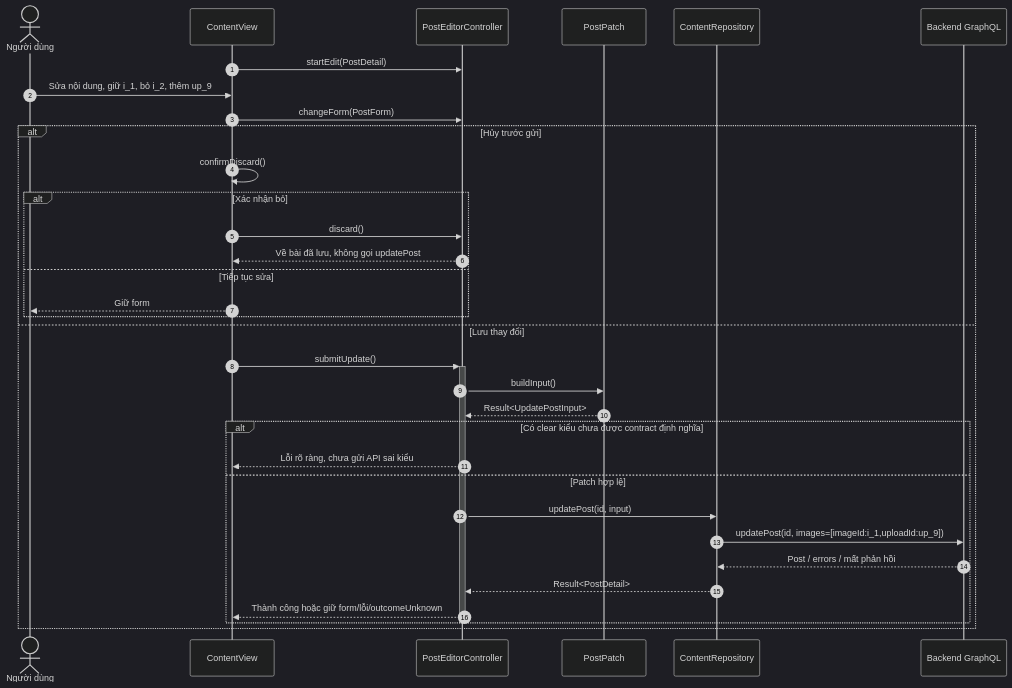
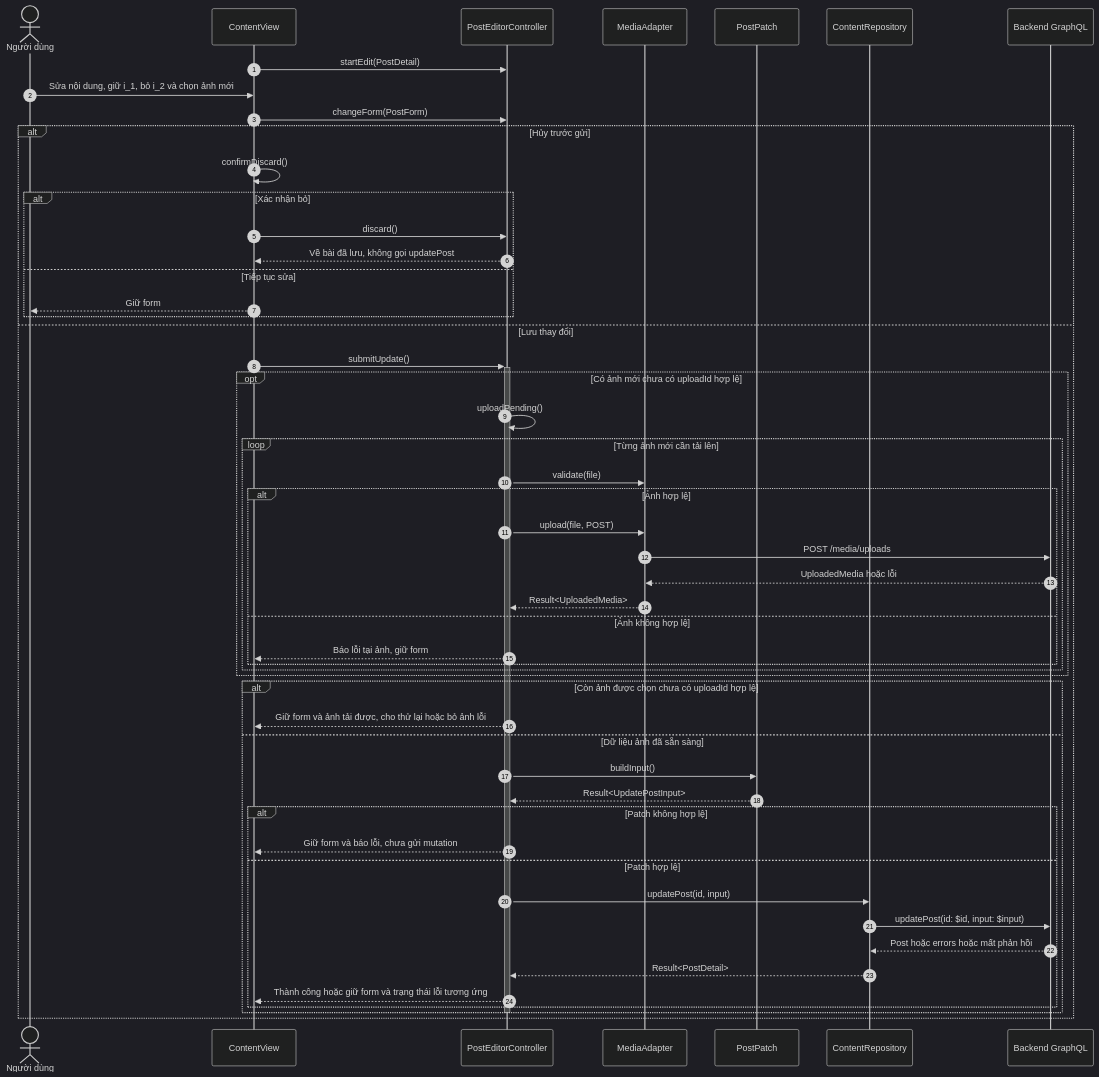
Before and after one commit to anqp5002/ToMateTo: the fifth of 12 diagrams in docs/thiet_ke/6.2-A_sequence_frontend.md, drawn with Mermaid (dark theme). The commit also changed other lines of this file and 1 other file, not shown here.

First line of the commit message:
docs(fe): xử lý góp ý class và sequence S5

````diff
--- a/docs/thiet_ke/6.2-A_sequence_frontend.md
+++ b/docs/thiet_ke/6.2-A_sequence_frontend.md
@@ -268,36 +305,55 @@
 ```mermaid
 sequenceDiagram
     autonumber
     actor U as Người dùng
     participant V as ContentView
     participant C as PostEditorController
+    participant M as MediaAdapter
     participant P as PostPatch
     participant R as ContentRepository
     participant BE as Backend GraphQL
     V->>C: startEdit(PostDetail)
-    U->>V: Sửa nội dung, giữ i_1, bỏ i_2, thêm up_9
+    U->>V: Sửa nội dung, giữ i_1, bỏ i_2 và chọn ảnh mới
     V->>C: changeForm(PostForm)
     alt Hủy trước gửi
      V->>V: confirmDiscard()
      alt Xác nhận bỏ
       V->>C: discard()
       C-->>V: Về bài đã lưu, không gọi updatePost
      else Tiếp tục sửa
       V-->>U: Giữ form
      end
     else Lưu thay đổi
      V->>+C: submitUpdate()
-     C->>P: buildInput()
-     P-->>C: Result<UpdatePostInput>
-     alt Có clear kiểu chưa được contract định nghĩa
-      C-->>V: Lỗi rõ ràng, chưa gửi API sai kiểu
-     else Patch hợp lệ
-      C->>R: updatePost(id, input)
-      R->>BE: updatePost(id, images=[imageId:i_1,uploadId:up_9])
-      BE-->>R: Post / errors / mất phản hồi
-      R-->>C: Result<PostDetail>
-      C-->>V: Thành công hoặc giữ form/lỗi/outcomeUnknown
+     opt Có ảnh mới chưa có uploadId hợp lệ
+      C->>C: uploadPending()
+      loop Từng ảnh mới cần tải lên
+       C->>M: validate(file)
+       alt Ảnh hợp lệ
+        C->>M: upload(file, POST)
+        M->>BE: POST /media/uploads
+        BE-->>M: UploadedMedia hoặc lỗi
+        M-->>C: Result<UploadedMedia>
+       else Ảnh không hợp lệ
+        C-->>V: Báo lỗi tại ảnh, giữ form
+       end
+      end
+     end
+     alt Còn ảnh được chọn chưa có uploadId hợp lệ
+      C-->>V: Giữ form và ảnh tải được, cho thử lại hoặc bỏ ảnh lỗi
+     else Dữ liệu ảnh đã sẵn sàng
+      C->>P: buildInput()
+      P-->>C: Result<UpdatePostInput>
+      alt Patch không hợp lệ
+       C-->>V: Giữ form và báo lỗi, chưa gửi mutation
+      else Patch hợp lệ
+       C->>R: updatePost(id, input)
+       R->>BE: updatePost(id: $id, input: $input)
+       BE-->>R: Post hoặc errors hoặc mất phản hồi
+       R-->>C: Result<PostDetail>
+       C-->>V: Thành công hoặc giữ form và trạng thái lỗi tương ứng
+      end
      end
      deactivate C
     end
 ```
````
